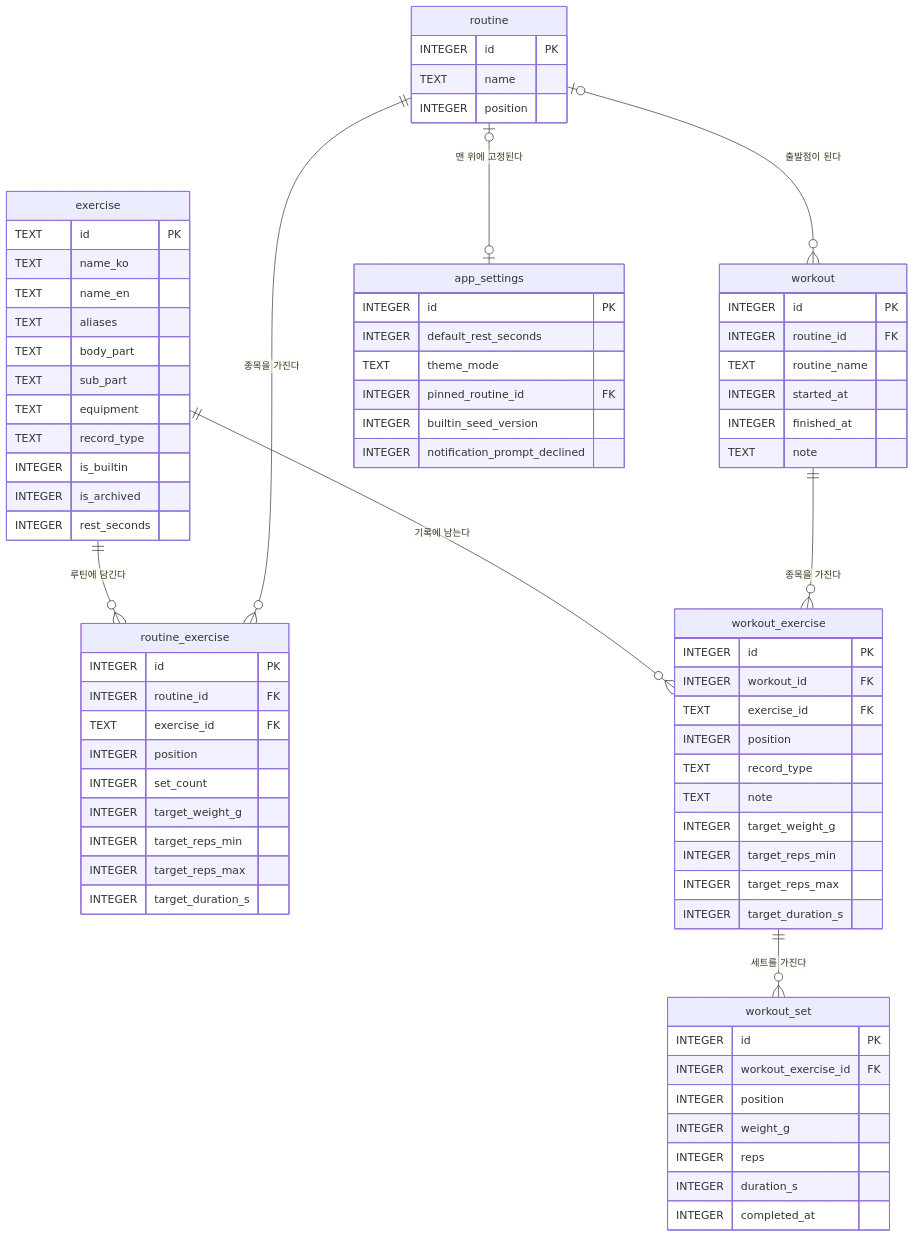
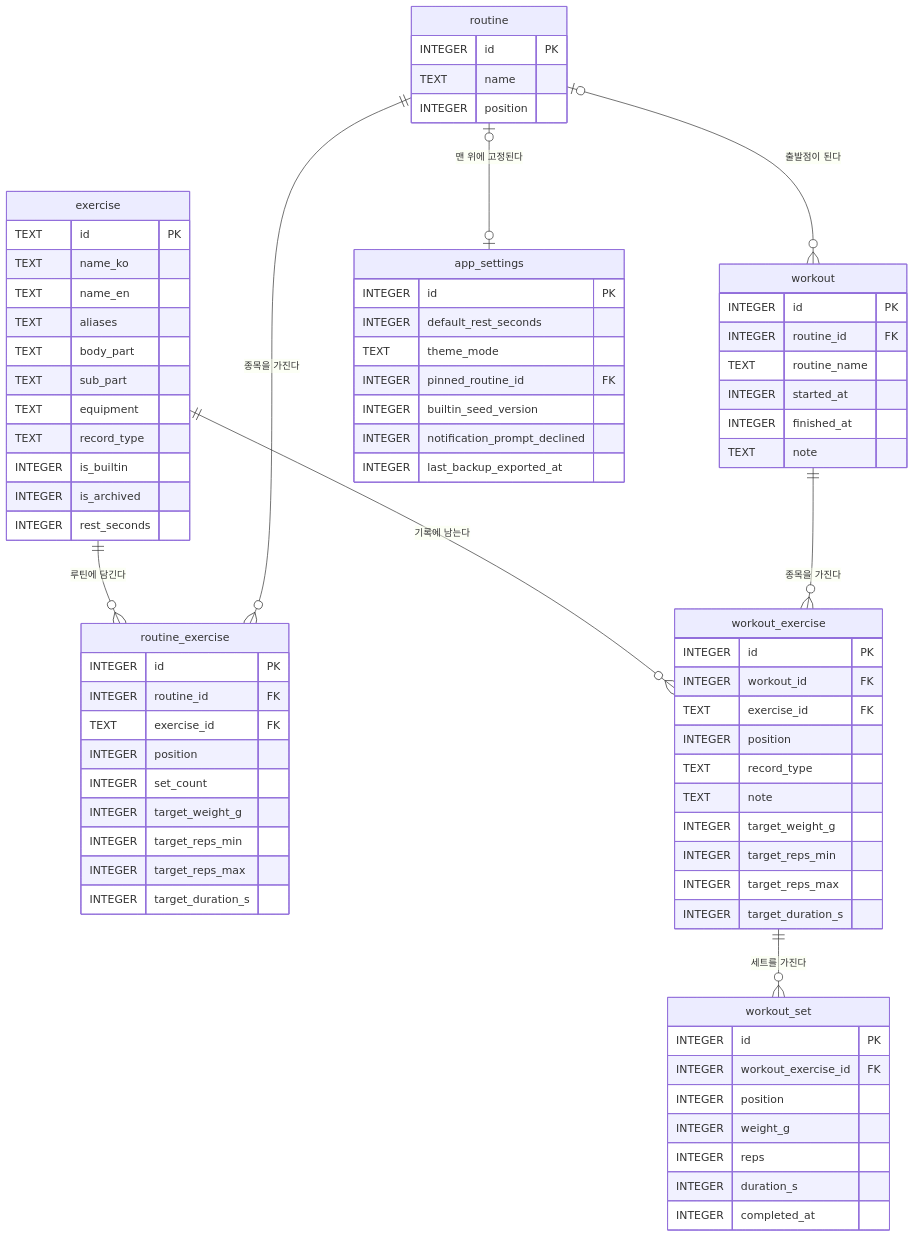
Before and after one commit to zzunsik/next-set: the second of 2 diagrams in docs/architecture.md, drawn with Mermaid. The commit also changed other lines of this file and 49 other files, not shown here.

````diff
--- a/docs/architecture.md
+++ b/docs/architecture.md
@@ -306,77 +306,78 @@
 ```mermaid
 erDiagram
     exercise ||--o{ routine_exercise : "루틴에 담긴다"
     exercise ||--o{ workout_exercise : "기록에 남는다"
     routine ||--o{ routine_exercise : "종목을 가진다"
     routine |o--o{ workout : "출발점이 된다"
     routine |o--o| app_settings : "맨 위에 고정된다"
     workout ||--o{ workout_exercise : "종목을 가진다"
     workout_exercise ||--o{ workout_set : "세트를 가진다"
 
     exercise {
         TEXT id PK
         TEXT name_ko
         TEXT name_en
         TEXT aliases
         TEXT body_part
         TEXT sub_part
         TEXT equipment
         TEXT record_type
         INTEGER is_builtin
         INTEGER is_archived
         INTEGER rest_seconds
     }
     routine {
         INTEGER id PK
         TEXT name
         INTEGER position
     }
     routine_exercise {
         INTEGER id PK
         INTEGER routine_id FK
         TEXT exercise_id FK
         INTEGER position
         INTEGER set_count
         INTEGER target_weight_g
         INTEGER target_reps_min
         INTEGER target_reps_max
         INTEGER target_duration_s
     }
     workout {
         INTEGER id PK
         INTEGER routine_id FK
         TEXT routine_name
         INTEGER started_at
         INTEGER finished_at
         TEXT note
     }
     workout_exercise {
         INTEGER id PK
         INTEGER workout_id FK
         TEXT exercise_id FK
         INTEGER position
         TEXT record_type
         TEXT note
         INTEGER target_weight_g
         INTEGER target_reps_min
         INTEGER target_reps_max
         INTEGER target_duration_s
     }
     workout_set {
         INTEGER id PK
         INTEGER workout_exercise_id FK
         INTEGER position
         INTEGER weight_g
         INTEGER reps
         INTEGER duration_s
         INTEGER completed_at
     }
     app_settings {
         INTEGER id PK
         INTEGER default_rest_seconds
         TEXT theme_mode
         INTEGER pinned_routine_id FK
         INTEGER builtin_seed_version
         INTEGER notification_prompt_declined
+        INTEGER last_backup_exported_at
     }
 ```
````
